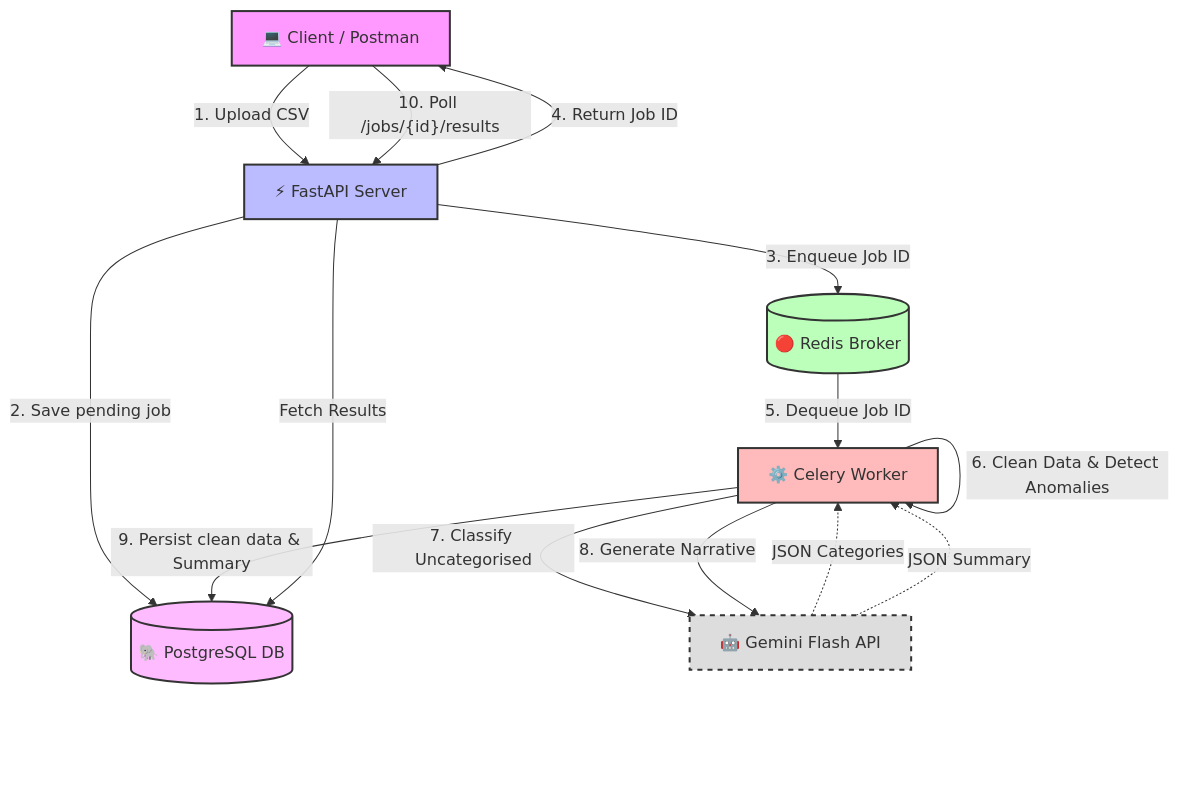
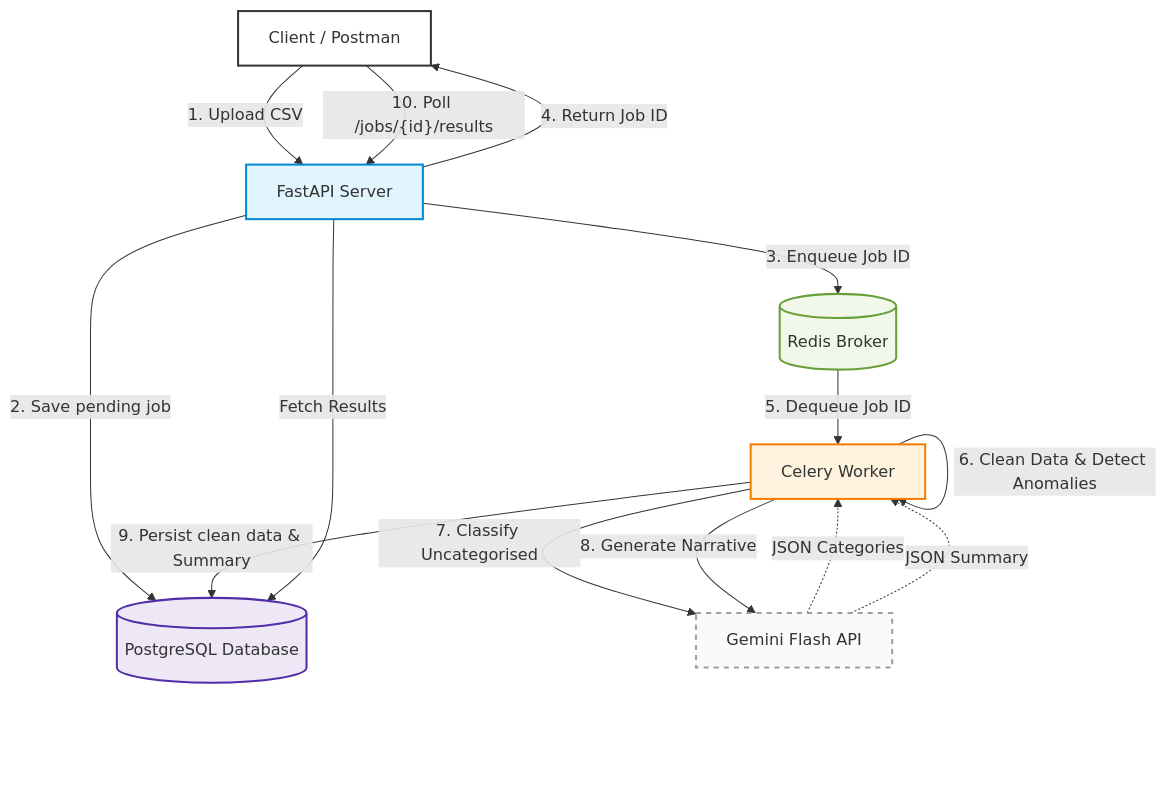
The diagram in README.md (maheshshinde9100/Alemeno_Assesment), drawn with Mermaid before and after one commit. The commit also changed other lines of this file and 2 other files, not shown here.

Commit message:
improve architectural diagram legibility

````diff
--- a/README.md
+++ b/README.md
@@ -11,35 +11,35 @@
 ```mermaid
 graph TD
     %% Styling
-    classDef client fill:#f9f,stroke:#333,stroke-width:2px;
-    classDef api fill:#bbf,stroke:#333,stroke-width:2px;
-    classDef queue fill:#bfb,stroke:#333,stroke-width:2px;
-    classDef worker fill:#fbb,stroke:#333,stroke-width:2px;
-    classDef db fill:#fbf,stroke:#333,stroke-width:2px;
-    classDef ext fill:#ddd,stroke:#333,stroke-width:2px,stroke-dasharray: 5 5;
+    classDef client fill:#ffffff,stroke:#333333,stroke-width:2px;
+    classDef api fill:#e1f5fe,stroke:#0288d1,stroke-width:2px;
+    classDef queue fill:#f1f8e9,stroke:#689f38,stroke-width:2px;
+    classDef worker fill:#fff3e0,stroke:#f57c00,stroke-width:2px;
+    classDef db fill:#ede7f6,stroke:#512da8,stroke-width:2px;
+    classDef ext fill:#fafafa,stroke:#9e9e9e,stroke-width:2px,stroke-dasharray: 5 5;
 
-    Client[💻 Client / Postman]:::client
-    FastAPI[⚡ FastAPI Server]:::api
-    PostgreSQL[(🐘 PostgreSQL DB)]:::db
-    Redis[(🔴 Redis Broker)]:::queue
-    Celery[⚙️ Celery Worker]:::worker
-    Gemini[🤖 Gemini Flash API]:::ext
+    Client[Client / Postman]:::client
+    FastAPI[FastAPI Server]:::api
+    PostgreSQL[(PostgreSQL Database)]:::db
+    Redis[(Redis Broker)]:::queue
+    Celery[Celery Worker]:::worker
+    Gemini[Gemini Flash API]:::ext
 
     %% Connections
     Client -- "1. Upload CSV" --> FastAPI
     FastAPI -- "2. Save pending job" --> PostgreSQL
     FastAPI -- "3. Enqueue Job ID" --> Redis
     FastAPI -- "4. Return Job ID" --> Client
     
     Redis -- "5. Dequeue Job ID" --> Celery
     Celery -- "6. Clean Data & Detect Anomalies" --> Celery
     Celery -- "7. Classify Uncategorised" --> Gemini
     Gemini -. "JSON Categories" .-> Celery
     Celery -- "8. Generate Narrative" --> Gemini
     Gemini -. "JSON Summary" .-> Celery
     
     Celery -- "9. Persist clean data & Summary" --> PostgreSQL
     
     Client -- "10. Poll /jobs/{id}/results" --> FastAPI
     FastAPI -- "Fetch Results" --> PostgreSQL
 ```
````
